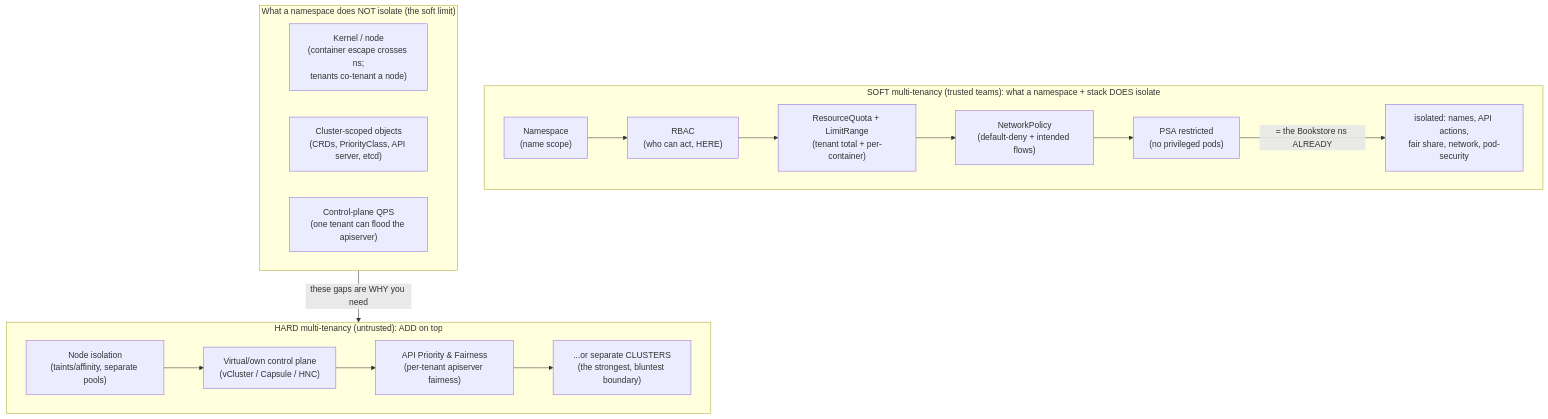
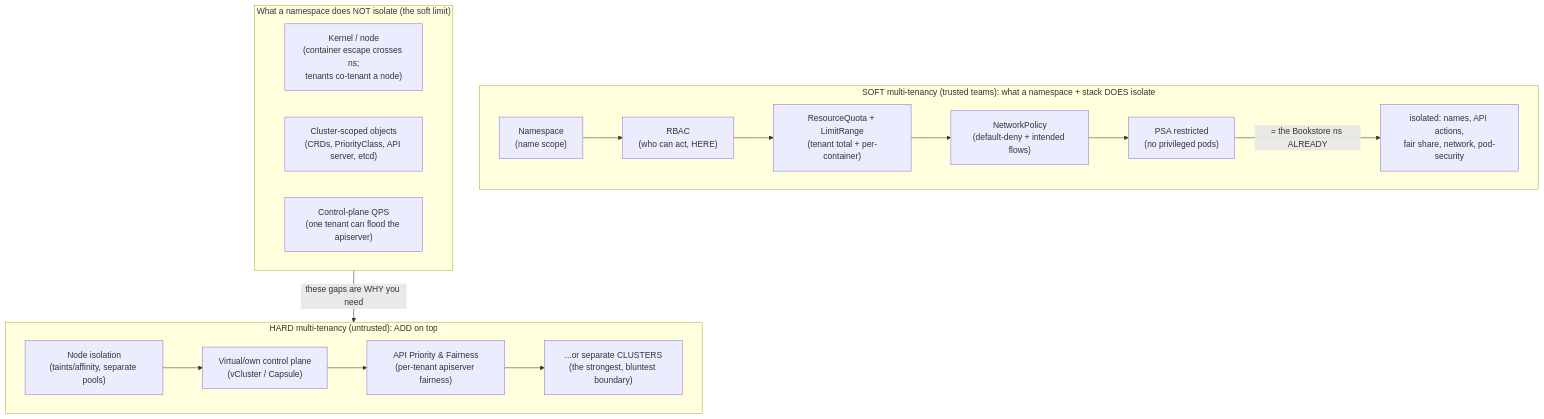
Before and after one commit to abd-ulbasit/bookstore-kubernetes-guide: the diagram in full-guide/08-day-2-operations/04-multi-tenancy-and-namespaces.md, drawn with Mermaid. The commit also changed other lines of this file and 7 other files, not shown here.

````diff
--- a/full-guide/08-day-2-operations/04-multi-tenancy-and-namespaces.md
+++ b/full-guide/08-day-2-operations/04-multi-tenancy-and-namespaces.md
@@ -124,28 +124,28 @@
 ```mermaid
 flowchart TB
     subgraph soft["SOFT multi-tenancy (trusted teams): what a namespace + stack DOES isolate"]
       ns["Namespace<br/>(name scope)"]
       rbac["RBAC<br/>(who can act, HERE)"]
       qta["ResourceQuota + LimitRange<br/>(tenant total + per-container)"]
       np["NetworkPolicy<br/>(default-deny + intended flows)"]
       psa["PSA restricted<br/>(no privileged pods)"]
       ns --> rbac --> qta --> np --> psa
       psa -->|"= the Bookstore ns ALREADY"| ok["isolated: names, API actions,<br/>fair share, network, pod-security"]
     end
 
     subgraph notiso["What a namespace does NOT isolate (the soft limit)"]
       k["Kernel / node<br/>(container escape crosses ns;<br/>tenants co-tenant a node)"]
       cs["Cluster-scoped objects<br/>(CRDs, PriorityClass, API server, etcd)"]
       qps["Control-plane QPS<br/>(one tenant can flood the apiserver)"]
     end
 
     subgraph hard["HARD multi-tenancy (untrusted): ADD on top"]
       node["Node isolation<br/>(taints/affinity, separate pools)"]
-      vc["Virtual/own control plane<br/>(vCluster / Capsule / HNC)"]
+      vc["Virtual/own control plane<br/>(vCluster / Capsule)"]
       apf["API Priority & Fairness<br/>(per-tenant apiserver fairness)"]
       sep["...or separate CLUSTERS<br/>(the strongest, bluntest boundary)"]
       node --> vc --> apf --> sep
     end
 
     notiso -->|"these gaps are WHY you need"| hard
 ```
````
